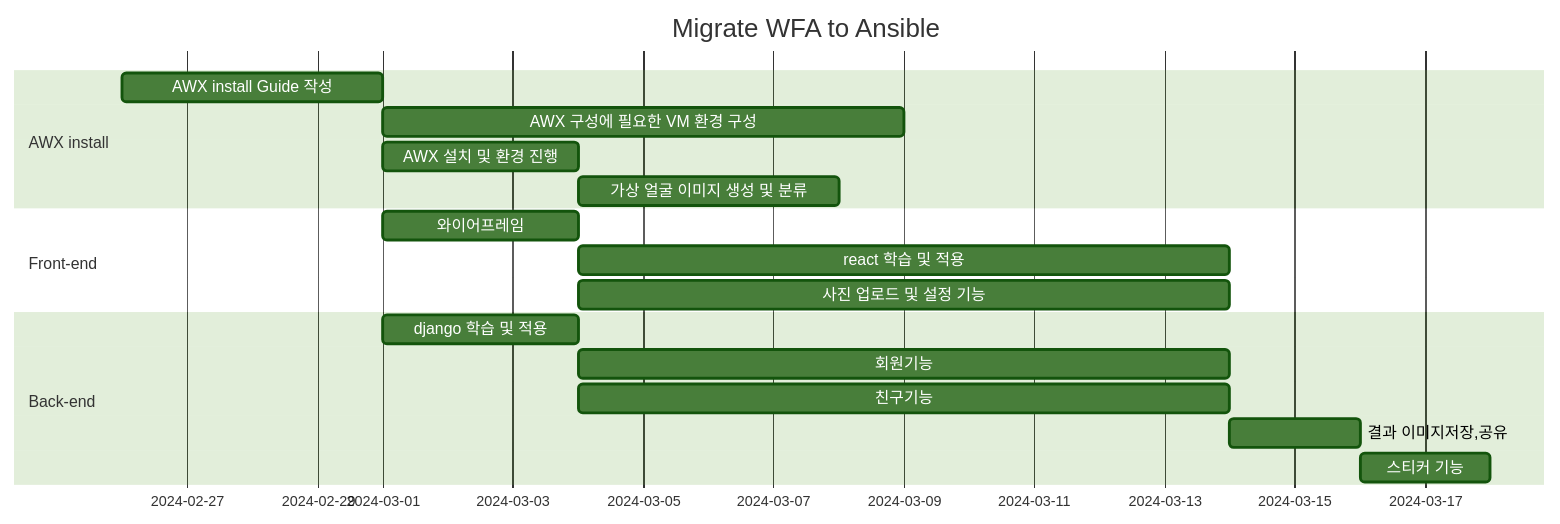
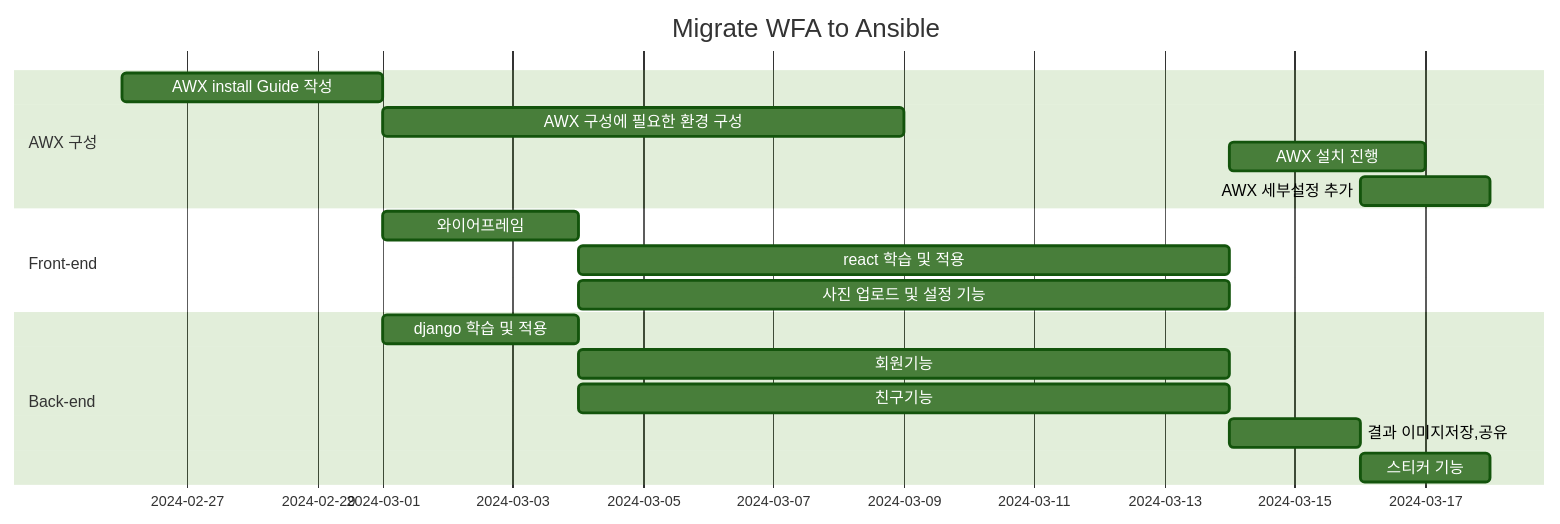
The diagram in SKHynics/Readme.md (netappkr/AnsiblePlaybook), drawn with Mermaid (forest theme) before and after one commit. The commit also changed other lines of this file, not shown here.

````diff
--- a/SKHynics/Readme.md
+++ b/SKHynics/Readme.md
@@ -45,22 +45,22 @@
 ```mermaid
 gantt
     title Migrate WFA to Ansible
     dateFormat  YYYY-MM-DD
-    section AWX install
+    section AWX 구성
     AWX install Guide 작성  : a1, 2024-02-26, 4d
-    AWX 구성에 필요한 VM 환경 구성  : a2, 2024-03-01, 8d
-    AWX 설치 및 환경 진행 : a3, 2024-03-01, 3d
-    가상 얼굴 이미지 생성 및 분류 : after a1, 4d
+    AWX 구성에 필요한 환경 구성  : a2, 2024-03-01, 8d
+    AWX 설치 진행 : a3, after a2 , 3d
+    AWX 세부설정 추가 : a4, after a3, 2d
 
     section Front-end
     와이어프레임     :a1, 2024-03-01, 3d
     react 학습 및 적용 : after a1,  10d
     사진 업로드 및 설정 기능 :after a1 , 10d
 
     section Back-end
     django 학습 및 적용 : a1,2024-03-01, 3d
     회원기능      :a2,after a1 , 10d
     친구기능      :after a1  ,10d
     결과 이미지저장,공유  : a3,after a2, 2d
     스티커 기능  : a4,after a3, 2d
 ```
````
